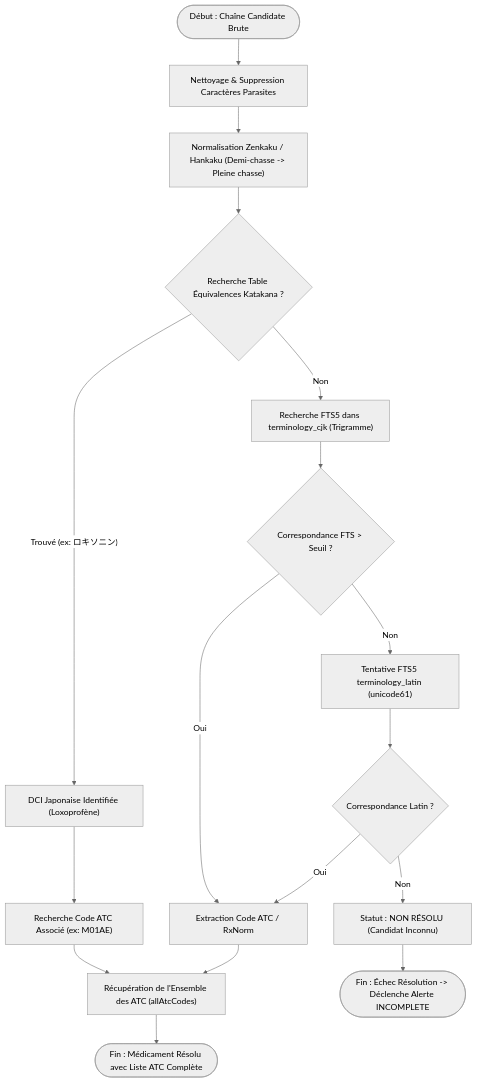
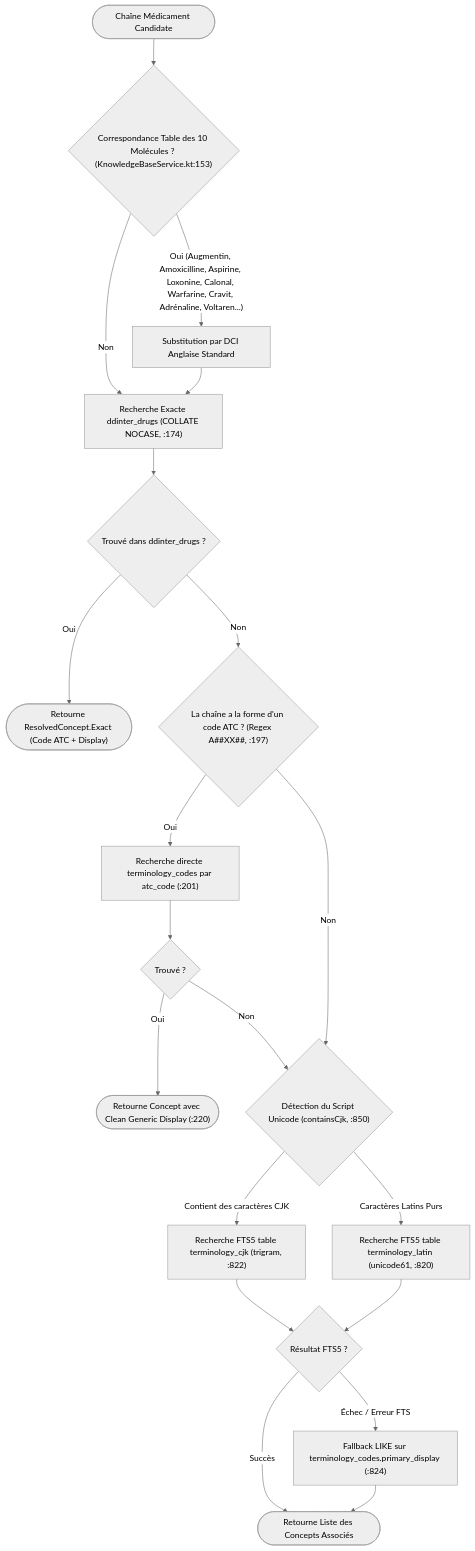
One commit to kurodohenroonsen/JemmaPass changed diagram 18 of 21 in docs/DOCUMENTATION_UML_FONCTIONNELLE.md. Above: the diagram before and after it, drawn with Mermaid (neutral theme). The commit also changed other lines of this file and 1 other file, not shown here.

First line of the commit message:
docs: correct UML documentation and iOS specifications against codebase reality

````diff
--- a/docs/DOCUMENTATION_UML_FONCTIONNELLE.md
+++ b/docs/DOCUMENTATION_UML_FONCTIONNELLE.md
@@ -700,25 +796,30 @@
 ```mermaid
 flowchart TD
-    Start(["Début : Chaîne Candidate Brute"]) --> Clean["Nettoyage & Suppression Caractères Parasites"]
-    Clean --> Zenkaku["Normalisation Zenkaku / Hankaku (Demi-chasse -> Pleine chasse)"]
-    Zenkaku --> DictKatakana{"Recherche Table Équivalences Katakana ?"}
+    Start(["Chaîne Médicament Candidate"]) --> NormalizeHardcoded{"Correspondance Table des 10 Molécules ? (KnowledgeBaseService.kt:153)"}
     
-    DictKatakana -- "Trouvé (ex: ロキソニン)" --> MapDci["DCI Japonaise Identifiée (Loxoprofène)"]
-    DictKatakana -- Non --> SearchFTS["Recherche FTS5 dans terminology_cjk (Trigramme)"]
+    NormalizeHardcoded -- "Oui (Augmentin, Amoxicilline, Aspirine, Loxonine, Calonal, Warfarine, Cravit, Adrénaline, Voltaren...)" --> MapEnglish["Substitution par DCI Anglaise Standard"]
+    NormalizeHardcoded -- Non --> ExactLookup["Recherche Exacte ddinter_drugs (COLLATE NOCASE, :174)"]
     
-    MapDci --> LookupATC["Recherche Code ATC Associé (ex: M01AE)"]
-    SearchFTS --> FtsHit{"Correspondance FTS > Seuil ?"}
+    MapEnglish --> ExactLookup
+    ExactLookup --> FoundExact{"Trouvé dans ddinter_drugs ?"}
     
-    FtsHit -- Oui --> ExtractCode["Extraction Code ATC / RxNorm"]
-    FtsHit -- Non --> SearchLatinFTS["Tentative FTS5 terminology_latin (unicode61)"]
+    FoundExact -- Oui --> ReturnExact(["Retourne ResolvedConcept.Exact (Code ATC + Display)"])
+    FoundExact -- Non --> RegexAtc{"La chaîne a la forme d'un code ATC ? (Regex A##XX##, :197)"}
     
-    SearchLatinFTS --> LatinHit{"Correspondance Latin ?"}
-    LatinHit -- Oui --> ExtractCode
-    LatinHit -- Non --> Unresolved["Statut : NON RÉSOLU (Candidat Inconnu)"]
+    RegexAtc -- Oui --> LookupTermCodes["Recherche directe terminology_codes par atc_code (:201)"]
+    LookupTermCodes --> FoundTerm{"Trouvé ?"}
+    FoundTerm -- Oui --> ReturnTerm(["Retourne Concept avec Clean Generic Display (:220)"])
+    FoundTerm -- Non --> SearchScript{"Détection du Script Unicode (containsCjk, :850)"}
     
-    ExtractCode --> MultiAtcCheck["Récupération de l'Ensemble des ATC (allAtcCodes)"]
-    LookupATC --> MultiAtcCheck
+    RegexAtc -- Non --> SearchScript
     
-    MultiAtcCheck --> Success(["Fin : Médicament Résolu avec Liste ATC Complète"])
-    Unresolved --> Failure(["Fin : Échec Résolution -> Déclenche Alerte INCOMPLETE"])
+    SearchScript -- "Contient des caractères CJK" --> QueryFTSCJK["Recherche FTS5 table terminology_cjk (trigram, :822)"]
+    SearchScript -- "Caractères Latins Purs" --> QueryFTSLatin["Recherche FTS5 table terminology_latin (unicode61, :820)"]
+    
+    QueryFTSCJK --> FtsSuccess{"Résultat FTS5 ?"}
+    QueryFTSLatin --> FtsSuccess
+    
+    FtsSuccess -- Succès --> ReturnFts(["Retourne Liste des Concepts Associés"])
+    FtsSuccess -- Échec / Erreur FTS --> FallbackLike["Fallback LIKE sur terminology_codes.primary_display (:824)"]
+    FallbackLike --> ReturnFts
 ```
````
